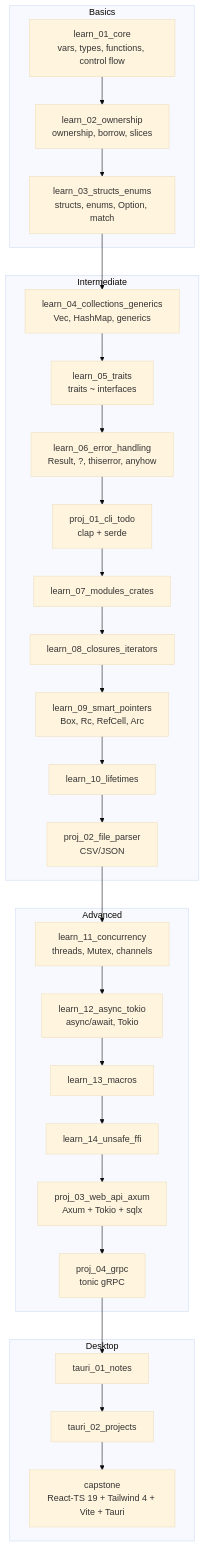
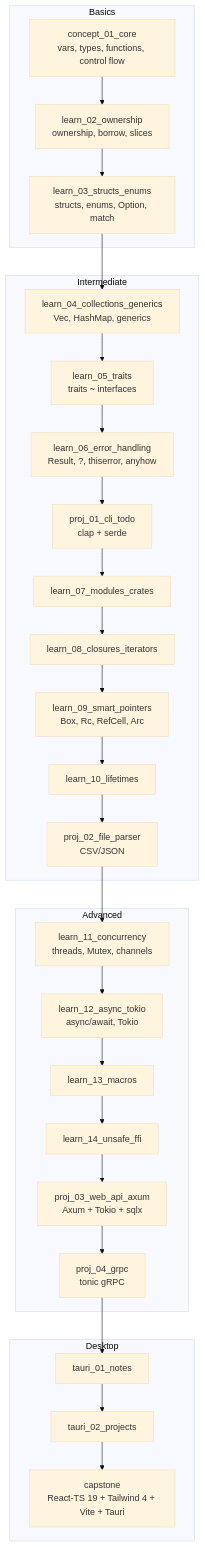
One commit to devravinder/learn-rust changed the diagram in README.md. Above: the diagram before and after it, drawn with Mermaid (base theme). The commit also changed 19 other files, not shown here.

````diff
--- a/README.md
+++ b/README.md
@@ -43,31 +43,31 @@
 ```mermaid
 graph TD
     subgraph Basics
-        A[learn_01_core<br/>vars, types, functions, control flow] --> B[learn_02_ownership<br/>ownership, borrow, slices]
+        A[concept_01_core<br/>vars, types, functions, control flow] --> B[learn_02_ownership<br/>ownership, borrow, slices]
         B --> C[learn_03_structs_enums<br/>structs, enums, Option, match]
     end
     subgraph Intermediate
         C --> D[learn_04_collections_generics<br/>Vec, HashMap, generics]
         D --> E[learn_05_traits<br/>traits ~ interfaces]
         E --> F[learn_06_error_handling<br/>Result, ?, thiserror, anyhow]
         F --> P1[proj_01_cli_todo<br/>clap + serde]
         P1 --> G[learn_07_modules_crates]
         G --> H[learn_08_closures_iterators]
         H --> I[learn_09_smart_pointers<br/>Box, Rc, RefCell, Arc]
         I --> J[learn_10_lifetimes]
         J --> P2[proj_02_file_parser<br/>CSV/JSON]
     end
     subgraph Advanced
         P2 --> K[learn_11_concurrency<br/>threads, Mutex, channels]
         K --> L[learn_12_async_tokio<br/>async/await, Tokio]
         L --> M[learn_13_macros]
         M --> N[learn_14_unsafe_ffi]
         N --> P3[proj_03_web_api_axum<br/>Axum + Tokio + sqlx]
         P3 --> P4[proj_04_grpc<br/>tonic gRPC]
     end
     subgraph Desktop
         P4 --> T1[tauri_01_notes]
         T1 --> T2[tauri_02_projects]
         T2 --> CAP[capstone<br/>React-TS 19 + Tailwind 4 + Vite + Tauri]
     end
 ```
````
